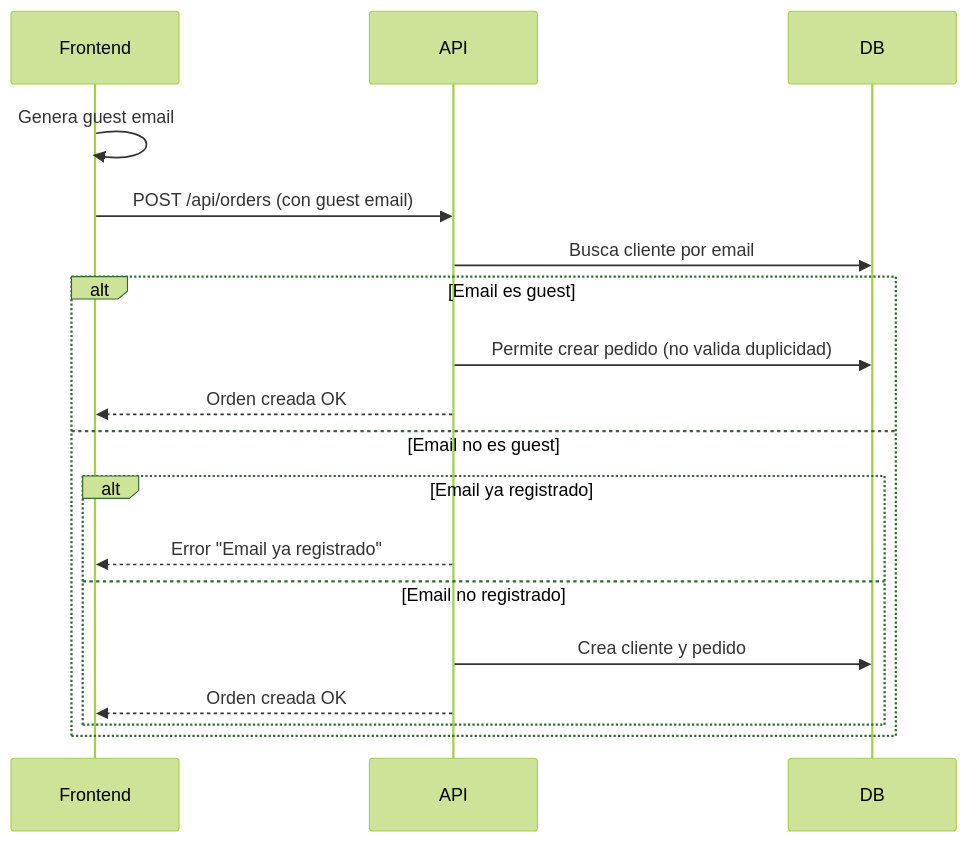
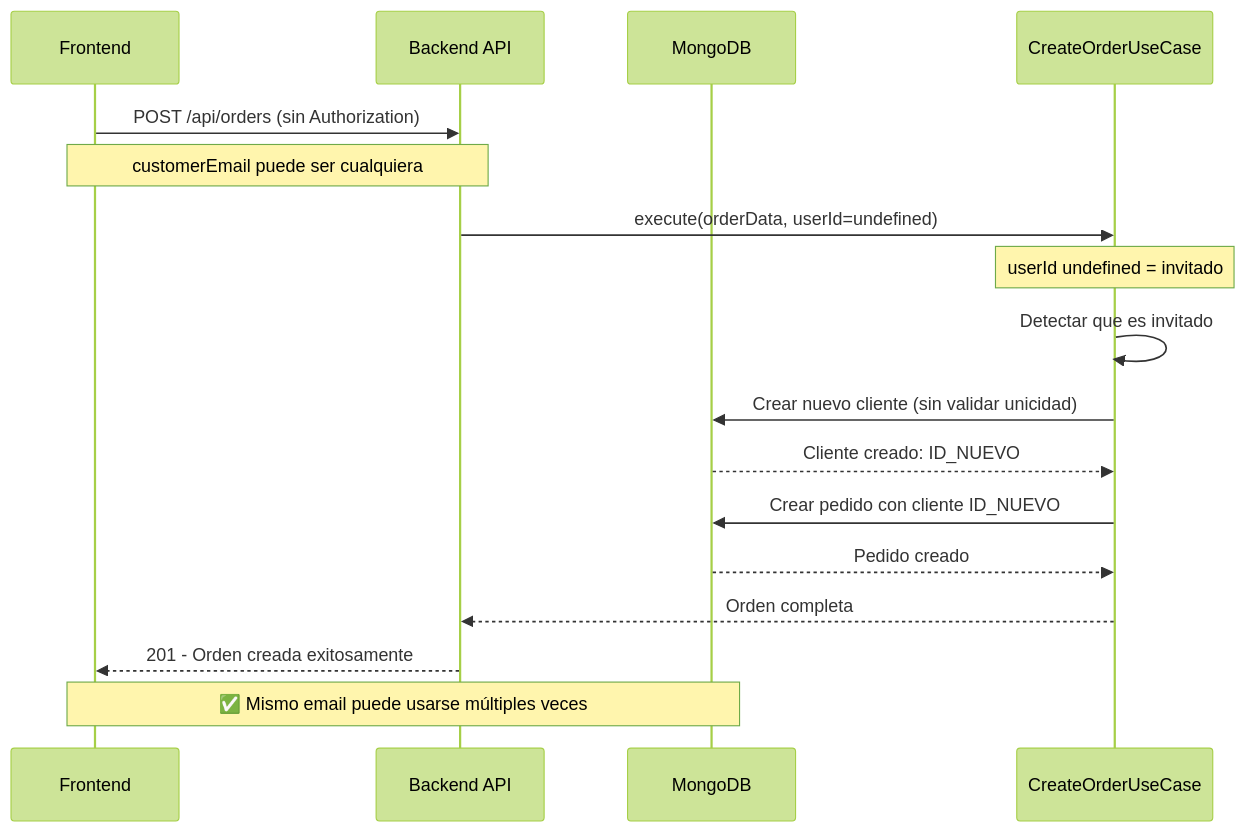
Before and after one commit to Ivetta-Luis-Alberto-114588/Clean-Architecture-Node-Express-Mongo: the second of 5 diagrams in docs/guest-checkout.md, drawn with Mermaid (forest theme). The commit also changed other lines of this file and 21 other files, not shown here.

````diff
--- a/docs/guest-checkout.md
+++ b/docs/guest-checkout.md
@@ -90,21 +234,25 @@
 ```mermaid
 sequenceDiagram
-    participant Frontend
-    participant API
-    participant DB
+    participant F as Frontend
+    participant API as Backend API
+    participant DB as MongoDB
+    participant UC as CreateOrderUseCase
 
-    Frontend->>Frontend: Genera guest email
-    Frontend->>API: POST /api/orders (con guest email)
-    API->>DB: Busca cliente por email
-    alt Email es guest
-        API->>DB: Permite crear pedido (no valida duplicidad)
-        API-->>Frontend: Orden creada OK
-    else Email no es guest
-        alt Email ya registrado
-            API-->>Frontend: Error "Email ya registrado"
-        else Email no registrado
-            API->>DB: Crea cliente y pedido
-            API-->>Frontend: Orden creada OK
-        end
-    end
+    F->>API: POST /api/orders (sin Authorization)
+    Note over F,API: customerEmail puede ser cualquiera
+    
+    API->>UC: execute(orderData, userId=undefined)
+    Note over UC: userId undefined = invitado
+    
+    UC->>UC: Detectar que es invitado
+    UC->>DB: Crear nuevo cliente (sin validar unicidad)
+    DB-->>UC: Cliente creado: ID_NUEVO
+    
+    UC->>DB: Crear pedido con cliente ID_NUEVO
+    DB-->>UC: Pedido creado
+    
+    UC-->>API: Orden completa
+    API-->>F: 201 - Orden creada exitosamente
+    
+    Note over F,DB: ✅ Mismo email puede usarse múltiples veces
 ```
````
